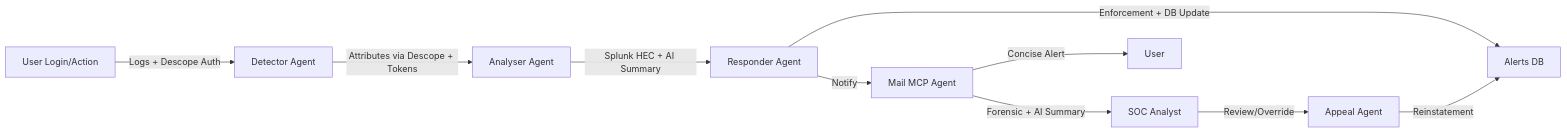
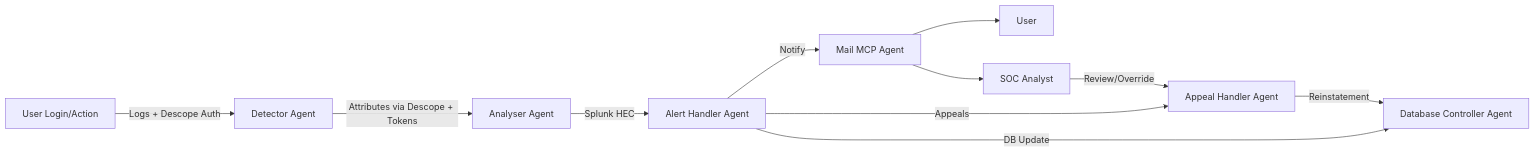
One commit to rohitvijayan1111/Z3r0Trust changed the diagram in README.md. Above: the diagram before and after it, drawn with Mermaid. The commit also changed other lines of this file, not shown here.

````diff
--- a/README.md
+++ b/README.md
@@ -99,12 +100,13 @@
 ```mermaid
 flowchart LR
   A[User Login/Action] -->|Logs + Descope Auth| B[Detector Agent]
   B -->|Attributes via Descope + Tokens| C[Analyser Agent]
-  C -->|Splunk HEC + AI Summary| D[Responder Agent]
-  D -->|Enforcement + DB Update| E[Alerts DB]
-  D -->|Notify| F[Mail MCP Agent]
-  F -->|Concise Alert| G[User]
-  F -->|Forensic + AI Summary| H[SOC Analyst]
-  H -->|Review/Override| I[Appeal Agent]
-  I -->|Reinstatement| E
+  C -->|Splunk HEC| D[Alert Handler Agent]
+  D -->|Notify| E[Mail MCP Agent]
+  D -->|DB Update| F[Database Controller Agent]
+  D -->|Appeals| G[Appeal Handler Agent]
+  E --> H[User]
+  E --> I[SOC Analyst]
+  I -->|Review/Override| G
+  G -->|Reinstatement| F
 ```
````
